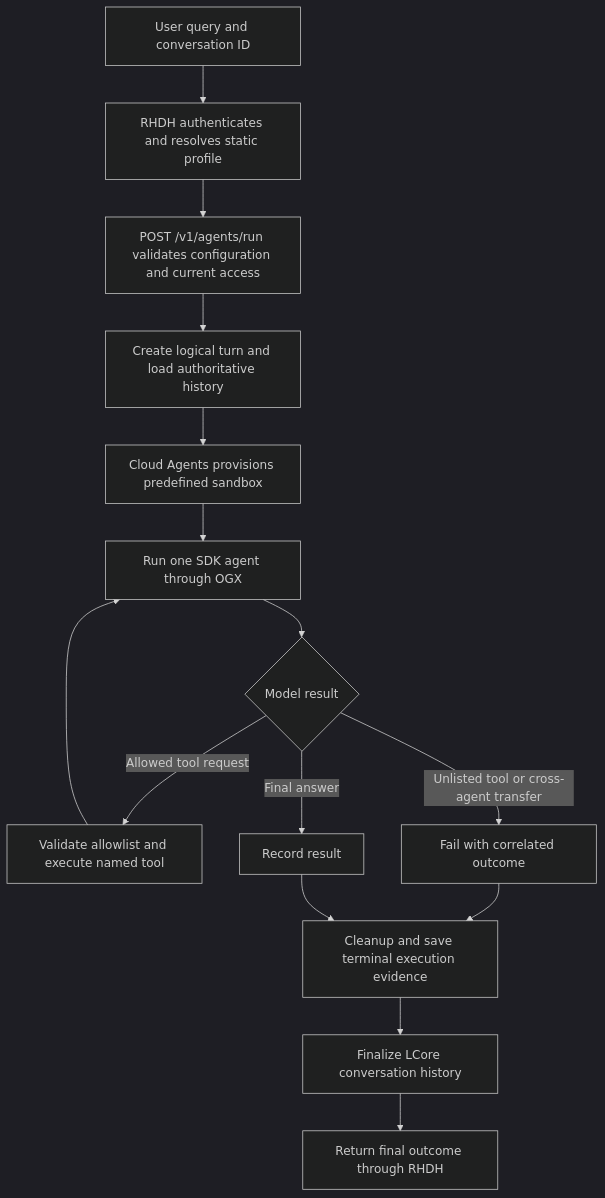
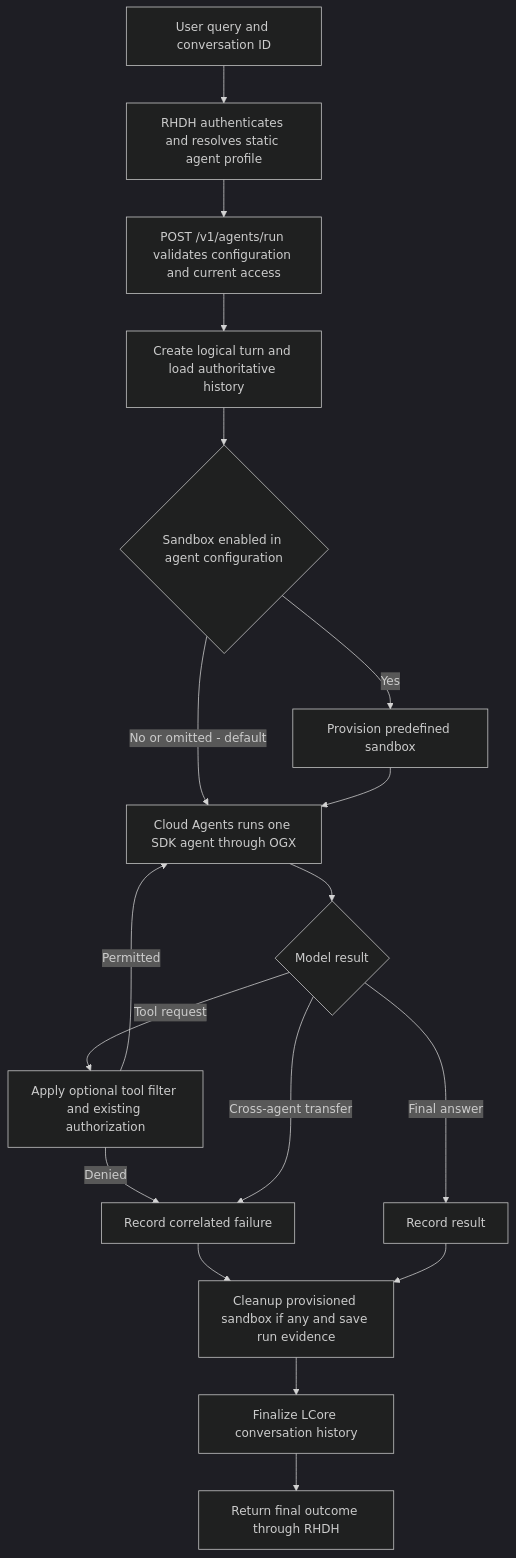
One commit to yangcao77/rhdh-agentic-chat-interface-design changed the diagram in diagrams/single-agent-workflow.md. Above: the diagram before and after it, drawn with Mermaid (dark theme). The commit also changed other lines of this file and 12 other files, not shown here.

````diff
--- a/diagrams/single-agent-workflow.md
+++ b/diagrams/single-agent-workflow.md
@@ -3,17 +3,20 @@
 ```mermaid
 flowchart TD
-  Q[User query and conversation ID] --> R[RHDH authenticates and resolves static profile]
+  Q[User query and conversation ID] --> R[RHDH authenticates and resolves static agent profile]
   R --> C[POST /v1/agents/run validates configuration and current access]
   C --> P[Create logical turn and load authoritative history]
-  P --> S[Cloud Agents provisions predefined sandbox]
-  S --> A[Run one SDK agent through OGX]
+  P --> B{Sandbox enabled in agent configuration}
+  B -->|No or omitted - default| A[Cloud Agents runs one SDK agent through OGX]
+  B -->|Yes| S[Provision predefined sandbox]
+  S --> A
   A --> D{Model result}
-  D -->|Allowed tool request| T[Validate allowlist and execute named tool]
-  T --> A
-  D -->|Unlisted tool or cross-agent transfer| E[Fail with correlated outcome]
+  D -->|Tool request| T[Apply optional tool filter and existing authorization]
+  T -->|Permitted| A
+  T -->|Denied| E[Record correlated failure]
+  D -->|Cross-agent transfer| E
   D -->|Final answer| F[Record result]
-  E --> X[Cleanup and save terminal execution evidence]
+  E --> X[Cleanup provisioned sandbox if any and save run evidence]
   F --> X
   X --> H[Finalize LCore conversation history]
   H --> U[Return final outcome through RHDH]
 ```
````
